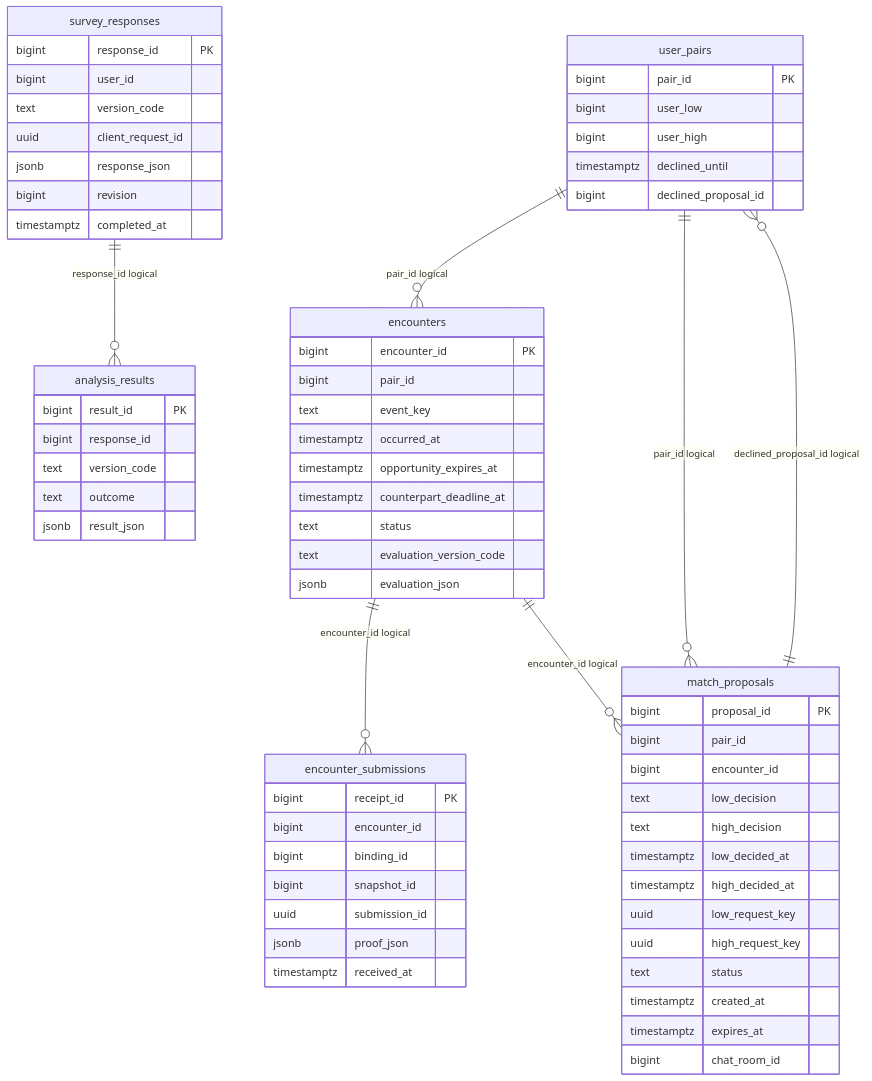
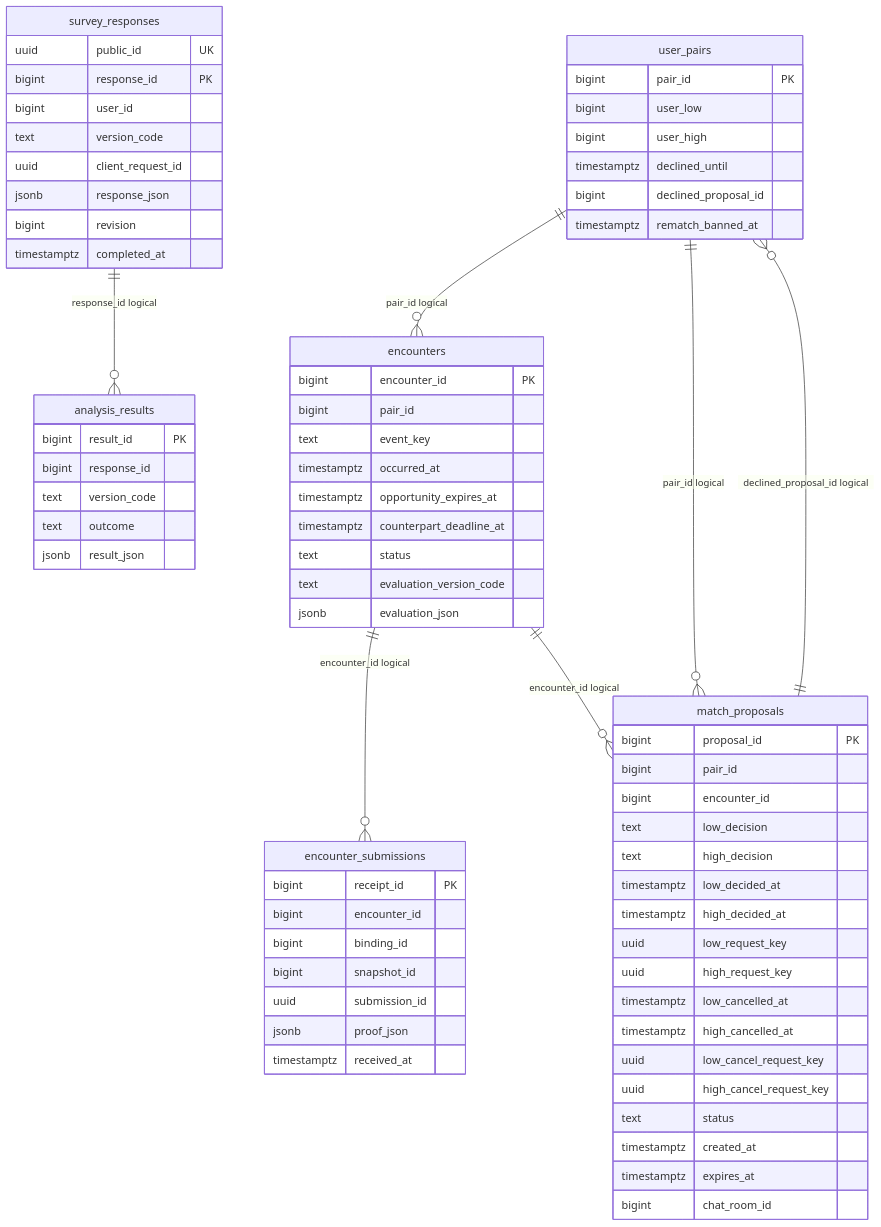
Before and after one commit to j-moo/Tingle: the diagram in docs/database/erd-3.mmd, drawn with Mermaid. The commit also changed 197 other files, not shown here.

```diff
--- a/docs/database/erd-3.mmd
+++ b/docs/database/erd-3.mmd
@@ -1,65 +1,71 @@
 erDiagram
     survey_responses {
+        uuid public_id UK
         bigint response_id PK
         bigint user_id
         text version_code
         uuid client_request_id
         jsonb response_json
         bigint revision
         timestamptz completed_at
     }
     analysis_results {
         bigint result_id PK
         bigint response_id
         text version_code
         text outcome
         jsonb result_json
     }
     user_pairs {
         bigint pair_id PK
         bigint user_low
         bigint user_high
         timestamptz declined_until
         bigint declined_proposal_id
+        timestamptz rematch_banned_at
     }
     encounters {
         bigint encounter_id PK
         bigint pair_id
         text event_key
         timestamptz occurred_at
         timestamptz opportunity_expires_at
         timestamptz counterpart_deadline_at
         text status
         text evaluation_version_code
         jsonb evaluation_json
     }
     encounter_submissions {
         bigint receipt_id PK
         bigint encounter_id
         bigint binding_id
         bigint snapshot_id
         uuid submission_id
         jsonb proof_json
         timestamptz received_at
     }
     match_proposals {
         bigint proposal_id PK
         bigint pair_id
         bigint encounter_id
         text low_decision
         text high_decision
         timestamptz low_decided_at
         timestamptz high_decided_at
         uuid low_request_key
         uuid high_request_key
+        timestamptz low_cancelled_at
+        timestamptz high_cancelled_at
+        uuid low_cancel_request_key
+        uuid high_cancel_request_key
         text status
         timestamptz created_at
         timestamptz expires_at
         bigint chat_room_id
     }
     survey_responses ||--o{ analysis_results : "response_id logical"
     match_proposals ||--o{ user_pairs : "declined_proposal_id logical"
     user_pairs ||--o{ encounters : "pair_id logical"
     encounters ||--o{ encounter_submissions : "encounter_id logical"
     user_pairs ||--o{ match_proposals : "pair_id logical"
     encounters ||--o{ match_proposals : "encounter_id logical"
```
